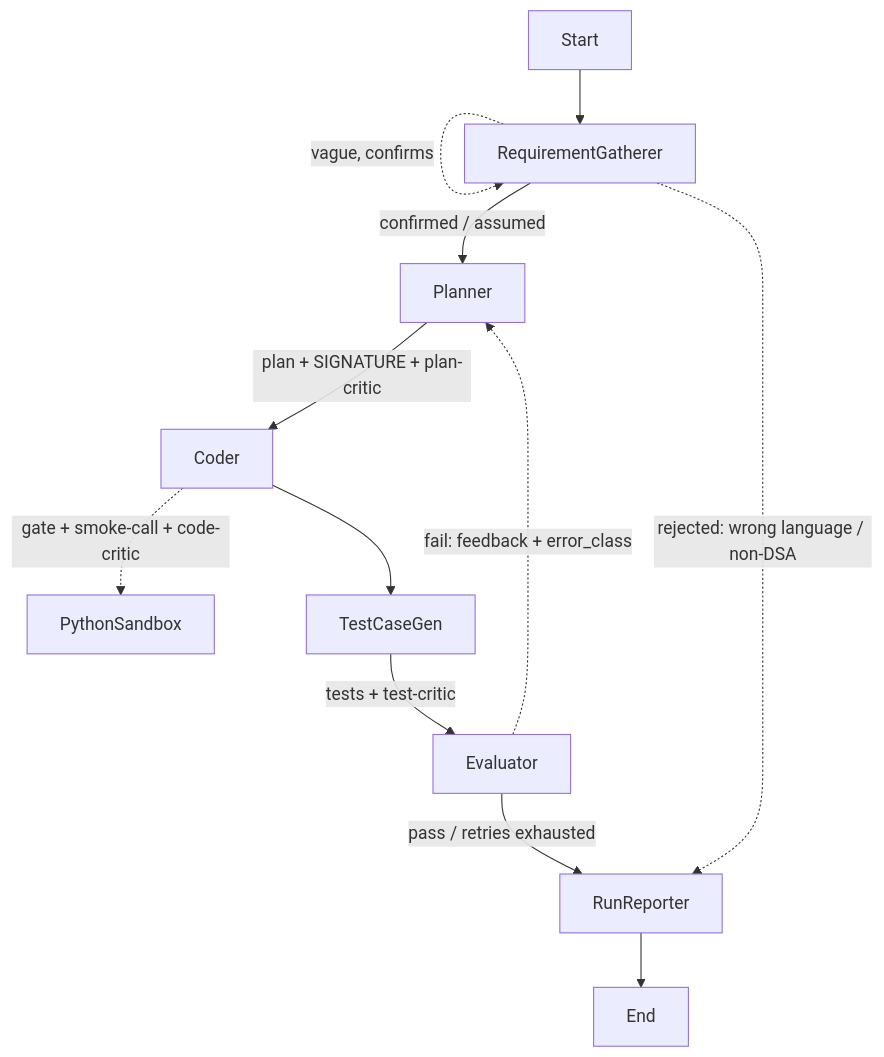
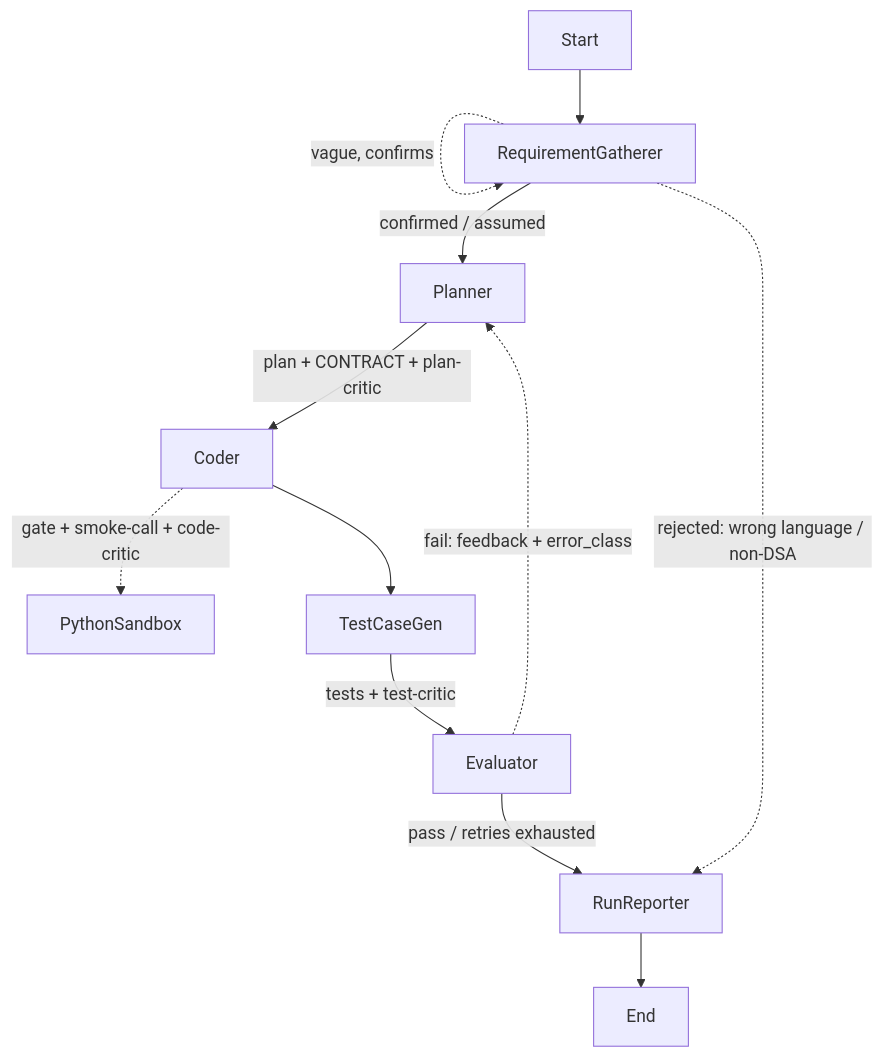
One commit to kuralamuthan300/leetcode_agent changed the diagram in plan/architecture.md. Above: the diagram before and after it, drawn with Mermaid. The commit also changed other lines of this file and 4 other files, not shown here.

````diff
--- a/plan/architecture.md
+++ b/plan/architecture.md
@@ -19,14 +19,14 @@
 ```mermaid
 graph TD
     Start --> RequirementGatherer
     RequirementGatherer -.->|vague, confirms| RequirementGatherer
     RequirementGatherer -->|confirmed / assumed| Planner
     RequirementGatherer -.->|rejected: wrong language / non-DSA| RunReporter
-    Planner -->|plan + SIGNATURE + plan-critic| Coder
+    Planner -->|plan + CONTRACT + plan-critic| Coder
     Coder -.->|gate + smoke-call + code-critic| PythonSandbox
     Coder --> TestCaseGen
     TestCaseGen -->|tests + test-critic| Evaluator
     Evaluator -.->|fail: feedback + error_class| Planner
     Evaluator -->|pass / retries exhausted| RunReporter
     RunReporter --> End
 ```
````
